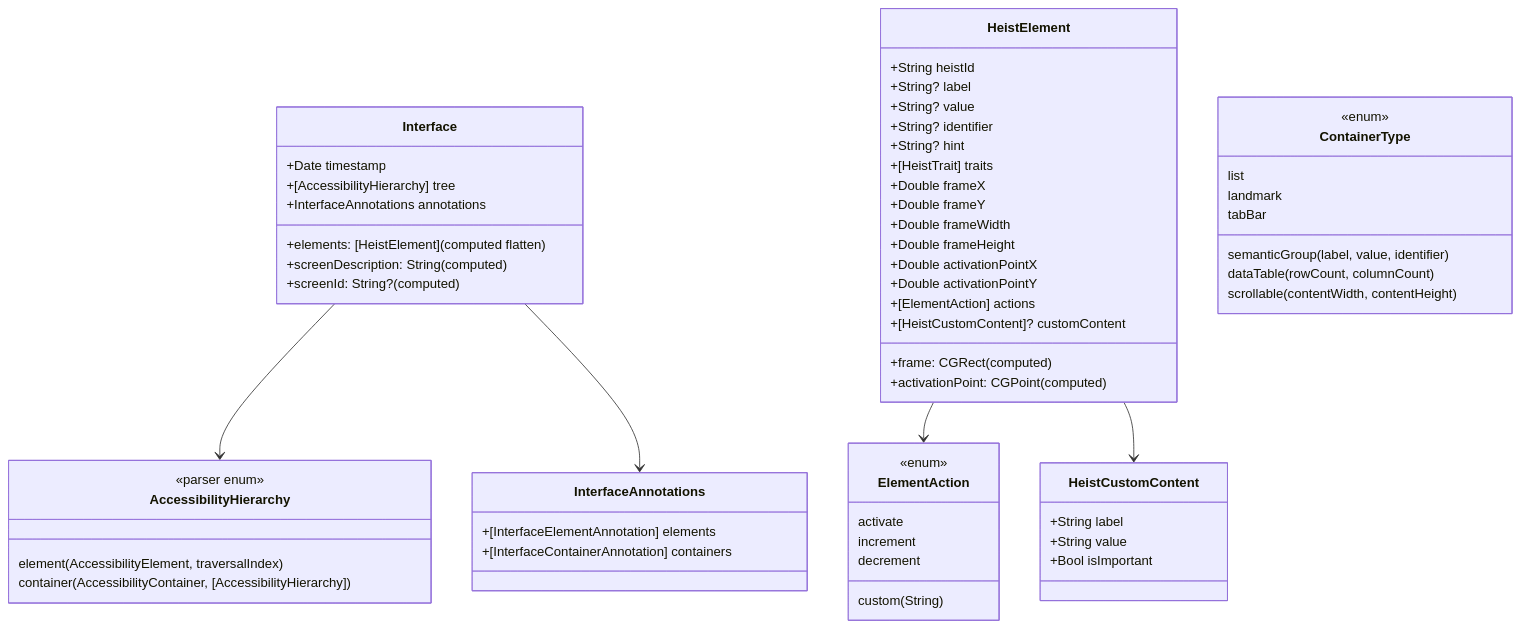
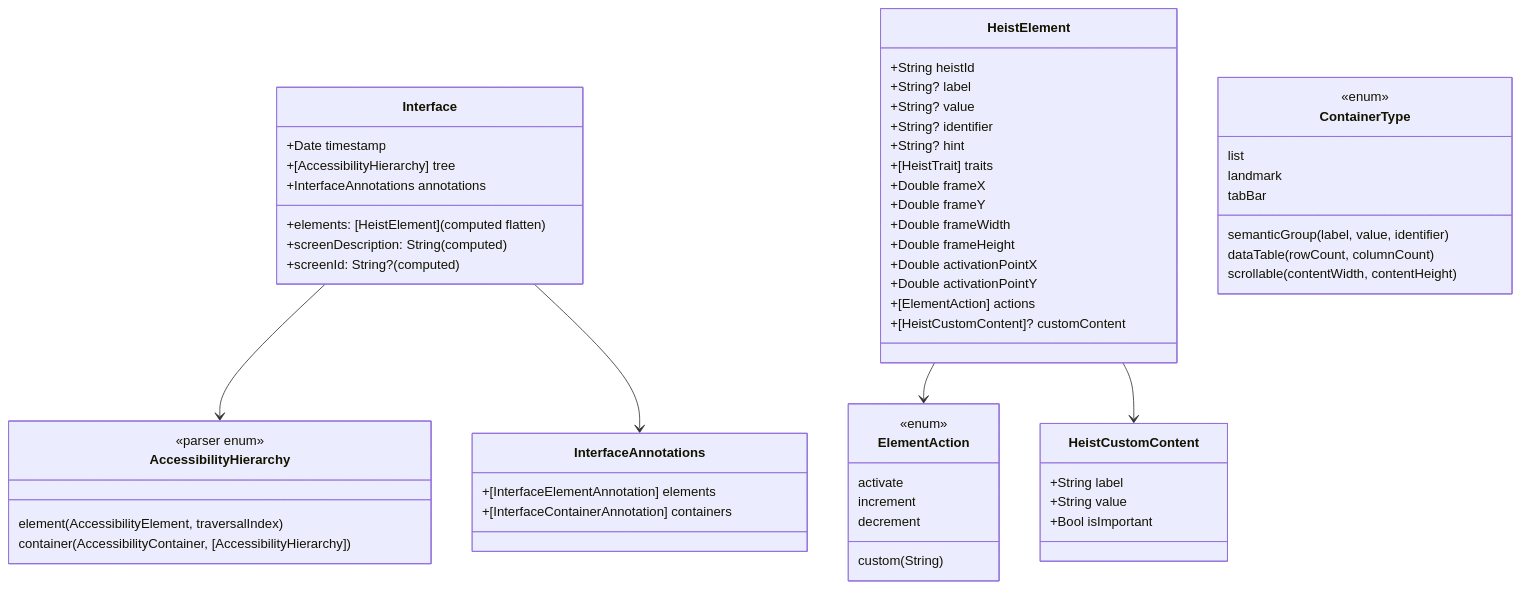
Before and after one commit to RoyalPineapple/TheButtonHeist: the third of 7 diagrams in docs/dossiers/18-THESCORE.md, drawn with Mermaid. The commit also changed 13 other files, not shown here.

````diff
--- a/docs/dossiers/18-THESCORE.md
+++ b/docs/dossiers/18-THESCORE.md
@@ -114,70 +114,68 @@
 ```mermaid
 classDiagram
     class Interface {
         +Date timestamp
         +[AccessibilityHierarchy] tree
         +InterfaceAnnotations annotations
         +elements: [HeistElement] (computed flatten)
         +screenDescription: String (computed)
         +screenId: String? (computed)
     }
 
     class HeistElement {
         +String heistId
         +String? label
         +String? value
         +String? identifier
         +String? hint
         +[HeistTrait] traits
         +Double frameX
         +Double frameY
         +Double frameWidth
         +Double frameHeight
         +Double activationPointX
         +Double activationPointY
         +[ElementAction] actions
         +[HeistCustomContent]? customContent
-        +frame: CGRect (computed)
-        +activationPoint: CGPoint (computed)
     }
 
     class AccessibilityHierarchy {
         <<parser enum>>
         element(AccessibilityElement, traversalIndex)
         container(AccessibilityContainer, [AccessibilityHierarchy])
     }
 
     class InterfaceAnnotations {
         +[InterfaceElementAnnotation] elements
         +[InterfaceContainerAnnotation] containers
     }
 
     class ContainerType {
         <<enum>>
         semanticGroup(label, value, identifier)
         list
         landmark
         dataTable(rowCount, columnCount)
         tabBar
         scrollable(contentWidth, contentHeight)
     }
 
     class ElementAction {
         <<enum>>
         activate
         increment
         decrement
         custom(String)
     }
 
     class HeistCustomContent {
         +String label
         +String value
         +Bool isImportant
     }
 
     Interface --> AccessibilityHierarchy
     Interface --> InterfaceAnnotations
     HeistElement --> ElementAction
     HeistElement --> HeistCustomContent
 ```
````
